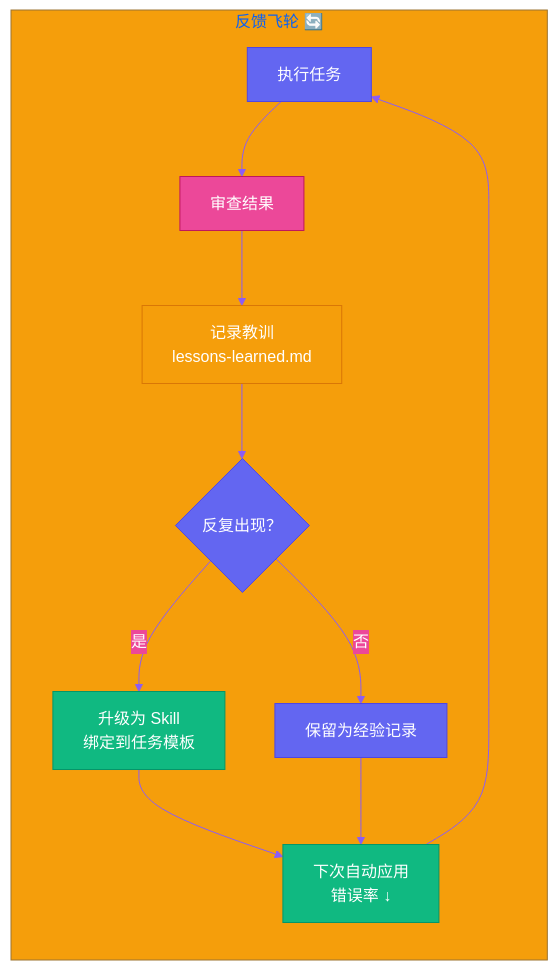
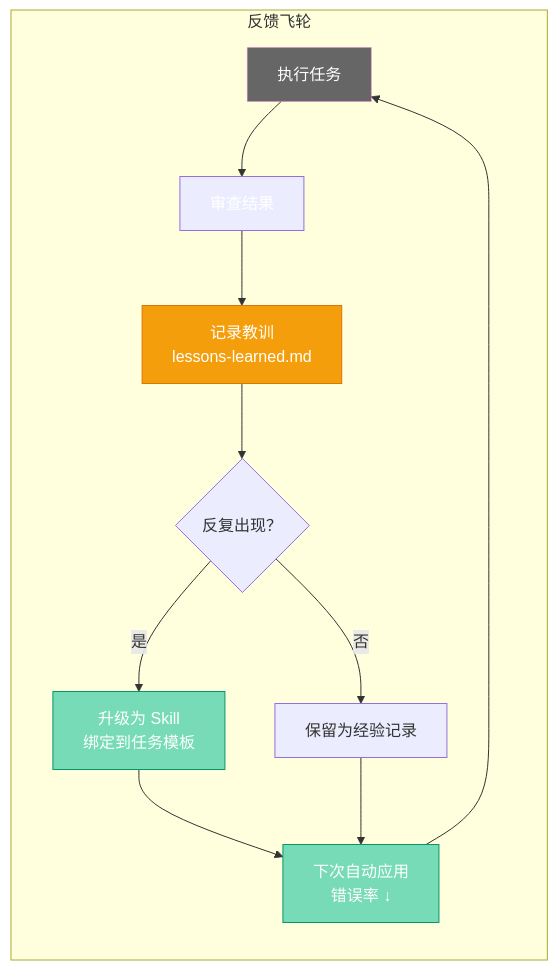
Before and after one commit to VokoForge/ai-prism: the diagram in posts/yason-and-roberts/zh/ch19.md, drawn with Mermaid. The commit also changed 31 other files, not shown here.

First line of the commit message:
✨ Rewrite all articles: hook titles, Mermaid diagrams, engaging style

````diff
--- a/posts/yason-and-roberts/zh/ch19.md
+++ b/posts/yason-and-roberts/zh/ch19.md
@@ -109,20 +109,19 @@
 ```mermaid
-%%{init: {'theme': 'base', 'themeVariables': {'primaryColor': '#6366f1','primaryTextColor': '#fff','primaryBorderColor': '#4f46e5','lineColor': '#8b5cf6','secondaryColor': '#ec4899','tertiaryColor': '#f59e0b'}}}%%
 flowchart LR
-    subgraph "反馈飞轮 🔄"
+    subgraph "反馈飞轮"
         A["执行任务"] --> B["审查结果"]
         B --> C["记录教训<br>lessons-learned.md"]
         C --> D{"反复出现？"}
         D -->|"是"| E["升级为 Skill<br>绑定到任务模板"]
         D -->|"否"| F["保留为经验记录"]
         E --> G["下次自动应用<br>错误率 ↓"]
         F --> G
         G --> A
     end
 
-    style A fill:#6366f1,stroke:#4f46e5,color:#fff
-    style B fill:#ec4899,stroke:#be185d,color:#fff
+    style A fill:#666f,stroke:#f6e5,color:#fff
+    style B fill:#ec899,stroke:#be85d,color:#fff
     style C fill:#f59e0b,stroke:#d97706,color:#fff
-    style E fill:#10b981,stroke:#059669,color:#fff
-    style G fill:#10b981,stroke:#059669,color:#fff
+    style E fill:#0b98,stroke:#059669,color:#fff
+    style G fill:#0b98,stroke:#059669,color:#fff
 ```
````
